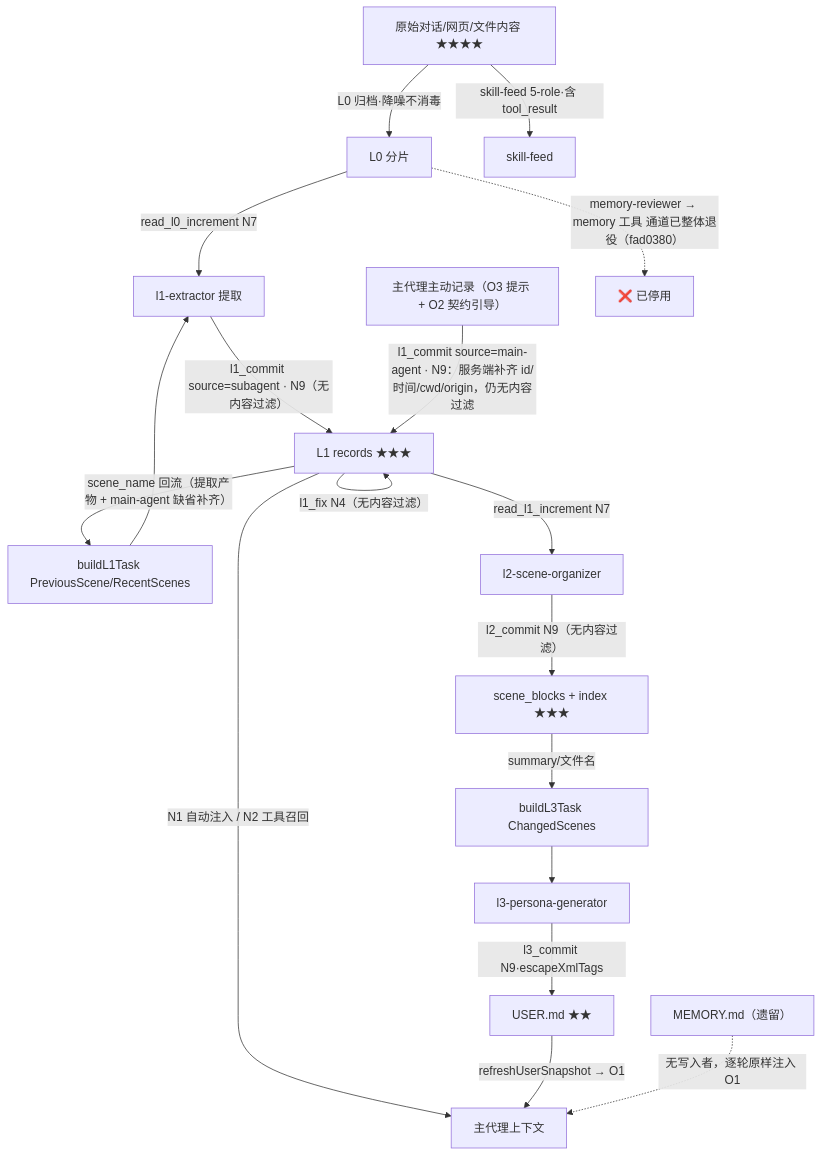
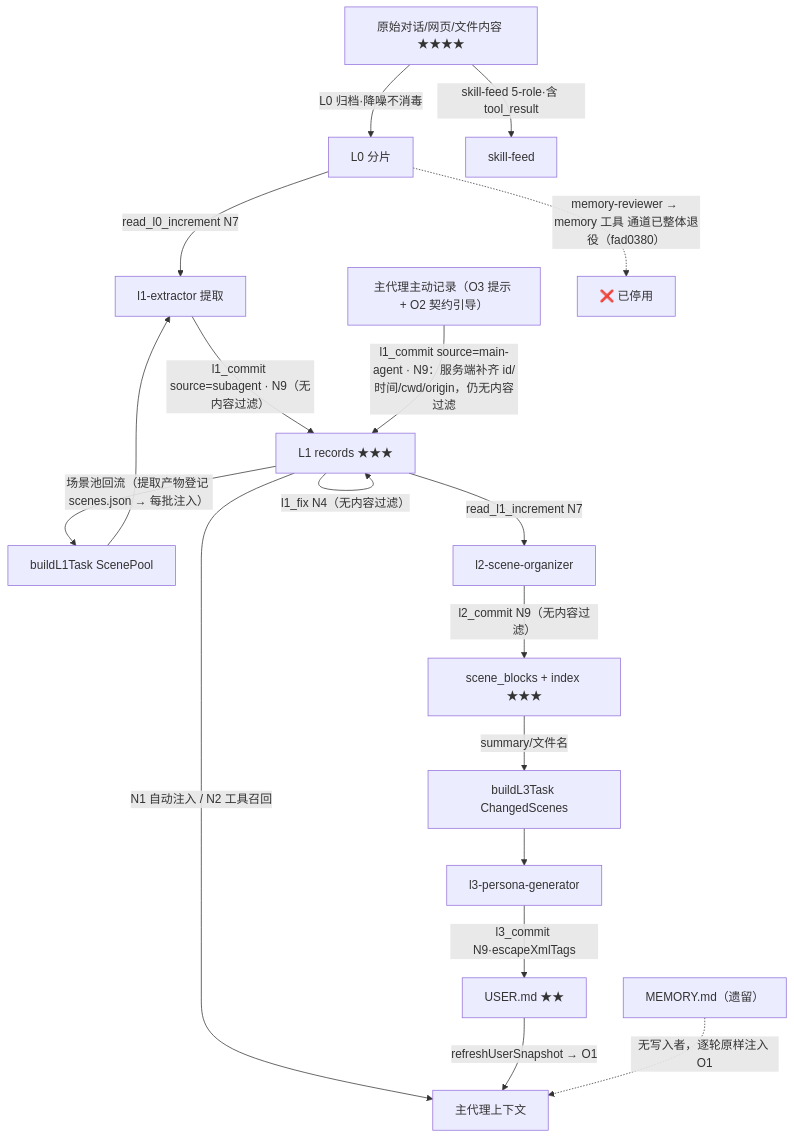
The diagram in 记忆系统提示词注入点分析.md (yinwenyuan28-afk/pi-memory-system), drawn with Mermaid before and after one commit. The commit also changed other lines of this file and 3 other files, not shown here.

````diff
--- a/记忆系统提示词注入点分析.md
+++ b/记忆系统提示词注入点分析.md
@@ -205,20 +208,20 @@
 ```mermaid
 flowchart TD
     A["原始对话/网页/文件内容 ★★★★"] -->|L0 归档·降噪不消毒| B["L0 分片"]
     A -->|skill-feed 5-role·含 tool_result| B2["skill-feed"]
     B -->|read_l0_increment N7| C["l1-extractor 提取"]
     C -->|"l1_commit source=subagent · N9（无内容过滤）"| D["L1 records ★★★"]
     M["主代理主动记录（O3 提示 + O2 契约引导）"] -->|"l1_commit source=main-agent · N9：服务端补齐 id/时间/cwd/origin，仍无内容过滤"| D
     D -->|"N1 自动注入 / N2 工具召回"| E["主代理上下文"]
-    D -->|scene_name 回流（提取产物 + main-agent 缺省补齐）| F["buildL1Task PreviousScene/RecentScenes"]
+    D -->|场景池回流（提取产物登记 scenes.json → 每批注入）| F["buildL1Task ScenePool"]
     F --> C
     D -->|read_l1_increment N7| G["l2-scene-organizer"]
     G -->|"l2_commit N9（无内容过滤）"| H["scene_blocks + index ★★★"]
     H -->|summary/文件名| I["buildL3Task ChangedScenes"]
     I --> J["l3-persona-generator"]
     J -->|"l3_commit N9·escapeXmlTags"| K["USER.md ★★"]
     K -->|"refreshUserSnapshot → O1"| E
     D -->|"l1_fix N4（无内容过滤）"| D
     B -.->|"memory-reviewer → memory 工具 通道已整体退役（fad0380）"| X["❌ 已停用"]
     L["MEMORY.md（遗留）"] -.->|"无写入者，逐轮原样注入 O1"| E
 ```
````
